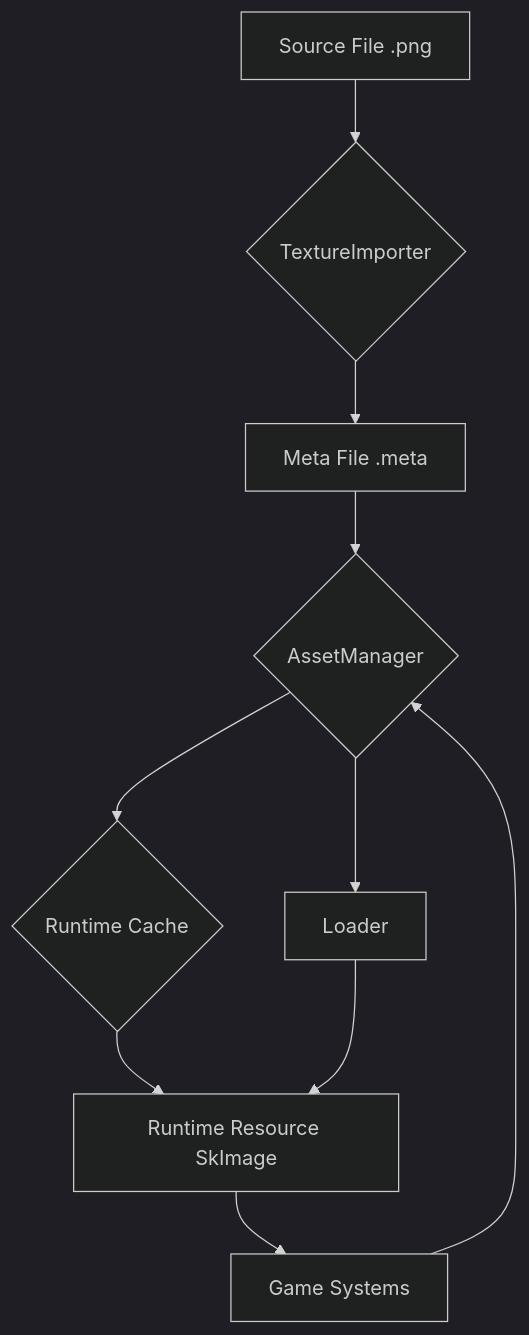
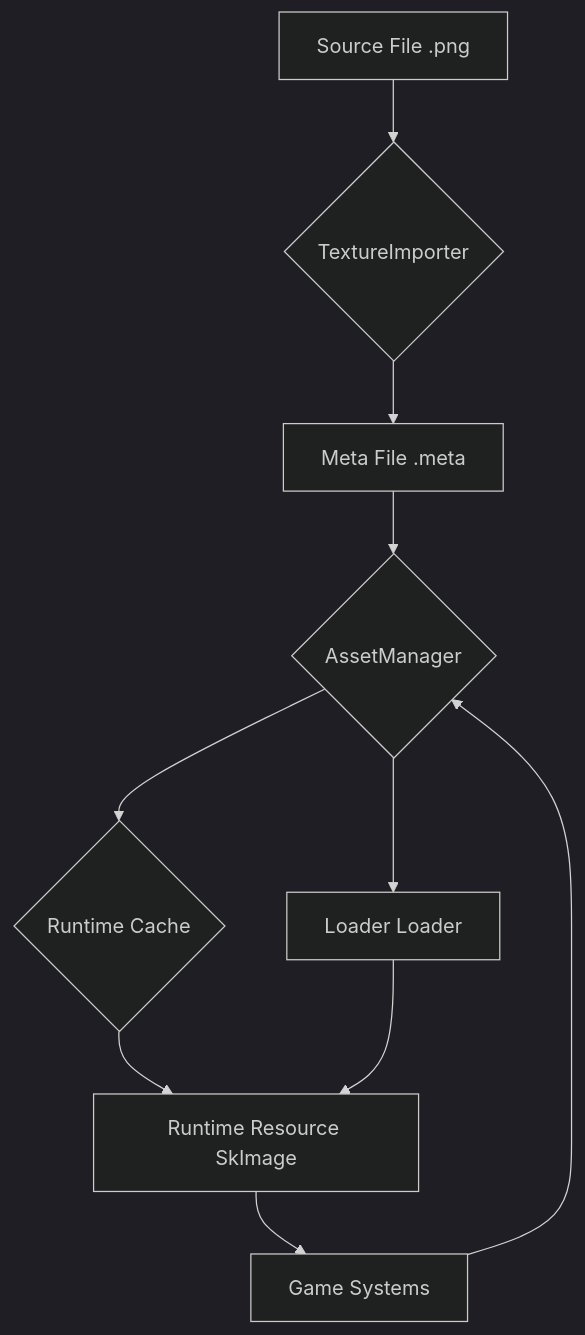
Before and after one commit to NGLSG/Luma: the diagram in README_EN.md, drawn with Mermaid (dark theme). The commit also changed other lines of this file and 21 other files, not shown here.

````diff
--- a/README_EN.md
+++ b/README_EN.md
@@ -273,10 +234,10 @@
 ```mermaid
 graph TD
     A[Source File .png] --> B{TextureImporter} --> C[Meta File .meta]
     C --> D{AssetManager}
     E[Game Systems] --> D
     D --> F{Runtime Cache}
     F --> G[Runtime Resource SkImage]
-    D --> H[Loader] --> G
+    D --> H[Loader Loader] --> G
     G --> E
 ```
````
